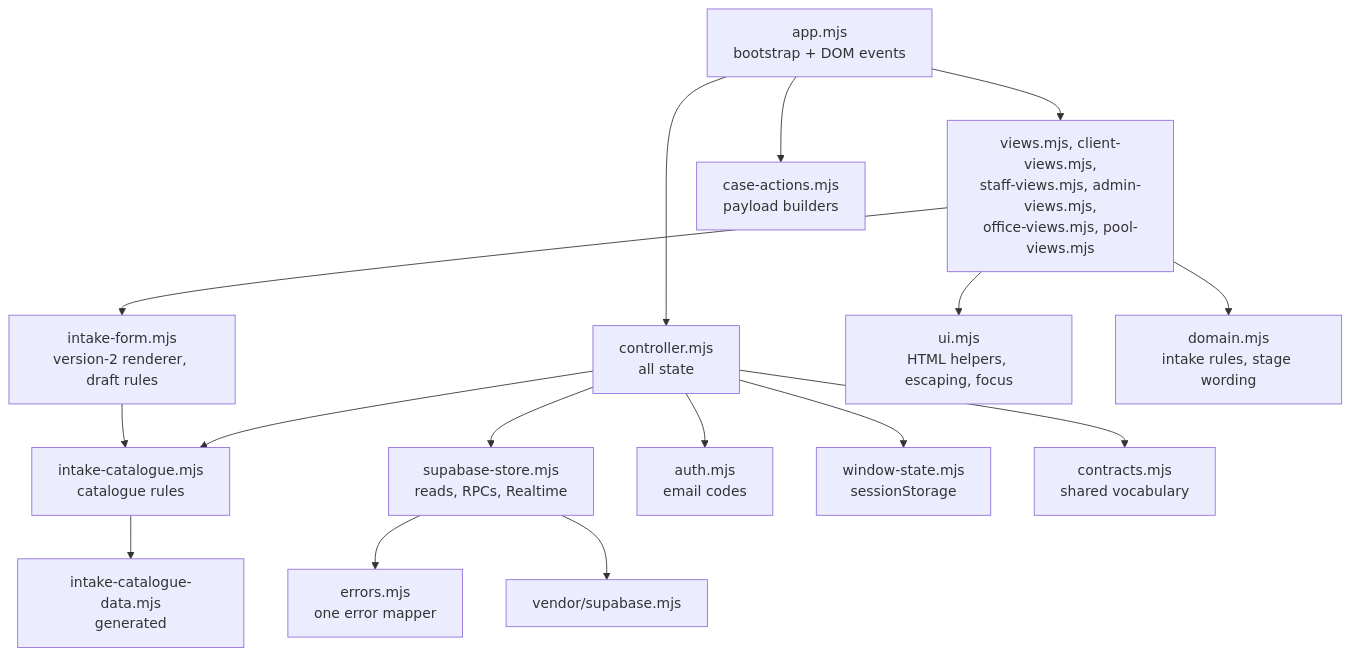
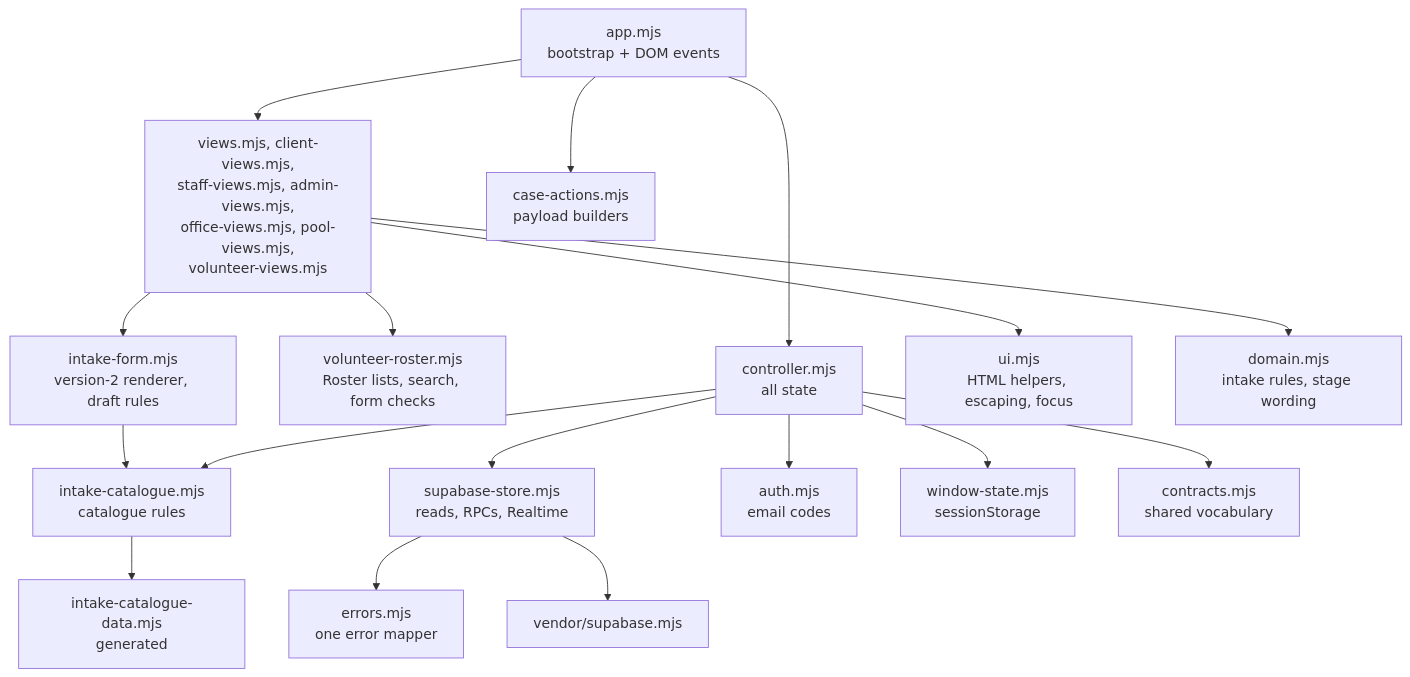
One commit to jin-yu-yang/vitally changed the diagram in docs/developer/frontend.md. Above: the diagram before and after it, drawn with Mermaid. The commit also changed other lines of this file and 50 other files, not shown here.

First line of the commit message:
Volunteer roster records: Roster table, search, role filter, Add and Edit (OpenSpec change add-volunteer-roster-records) (#187)

````diff
--- a/docs/developer/frontend.md
+++ b/docs/developer/frontend.md
@@ -38,18 +38,19 @@
 ```mermaid
 flowchart TD
   app["app.mjs<br/>bootstrap + DOM events"] --> controller["controller.mjs<br/>all state"]
-  app --> views["views.mjs, client-views.mjs,<br/>staff-views.mjs, admin-views.mjs,<br/>office-views.mjs, pool-views.mjs"]
+  app --> views["views.mjs, client-views.mjs,<br/>staff-views.mjs, admin-views.mjs,<br/>office-views.mjs, pool-views.mjs,<br/>volunteer-views.mjs"]
   app --> caseActions["case-actions.mjs<br/>payload builders"]
+  views --> roster["volunteer-roster.mjs<br/>Roster lists, search, form checks"]
   views --> intakeForm["intake-form.mjs<br/>version-2 renderer, draft rules"]
   intakeForm --> catalogue["intake-catalogue.mjs<br/>catalogue rules"]
   controller --> catalogue
   catalogue --> catalogueData["intake-catalogue-data.mjs<br/>generated"]
   controller --> store["supabase-store.mjs<br/>reads, RPCs, Realtime"]
   controller --> auth["auth.mjs<br/>email codes"]
   controller --> windowState["window-state.mjs<br/>sessionStorage"]
   views --> ui["ui.mjs<br/>HTML helpers, escaping, focus"]
   views --> domain["domain.mjs<br/>intake rules, stage wording"]
   store --> errors["errors.mjs<br/>one error mapper"]
   controller --> contracts["contracts.mjs<br/>shared vocabulary"]
   store --> sdk["vendor/supabase.mjs"]
 ```
````
